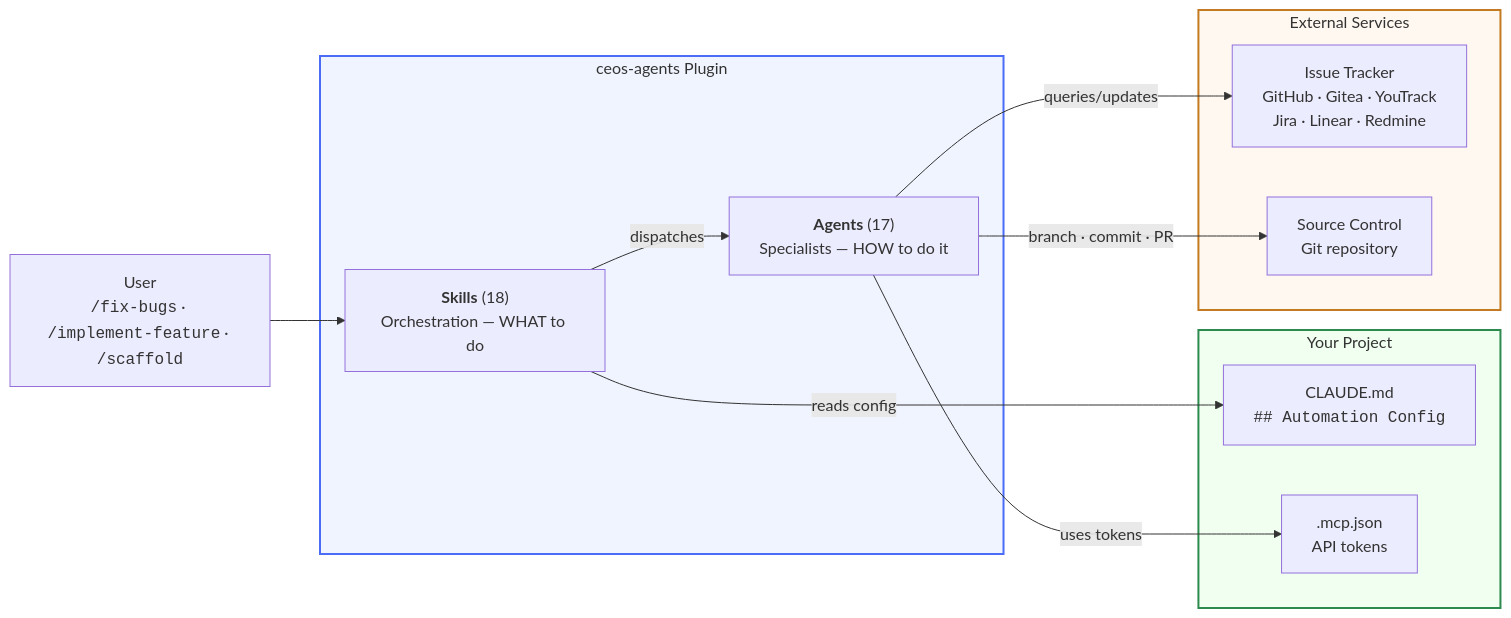
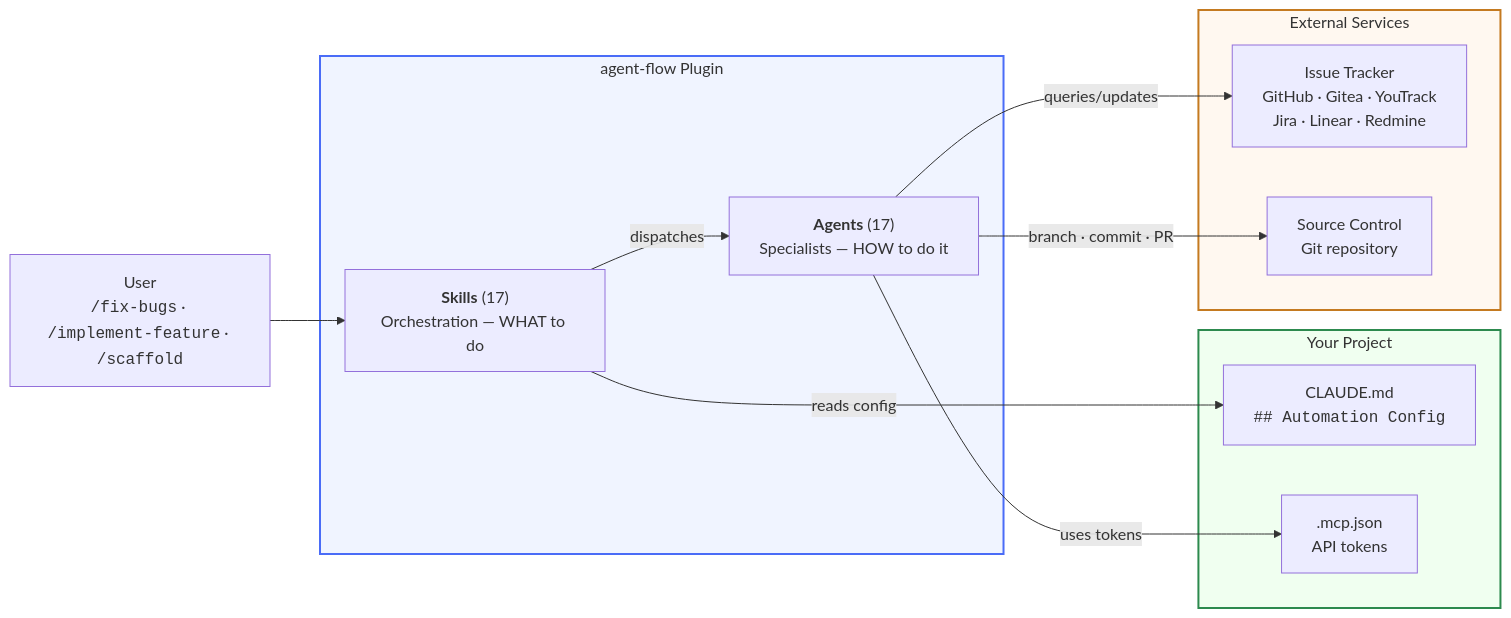
One commit to jakubsenk/agent-flow changed the first of 4 diagrams in README.md. Above: the diagram before and after it, drawn with Mermaid. The commit also changed other lines of this file and 2702 other files, not shown here.

First line of the commit message:
chore: rename ceos-agents → agent-flow, release v1.0.0

````diff
--- a/README.md
+++ b/README.md
@@ -5,30 +7,30 @@
 ```mermaid
 graph LR
     User["User<br/><code>/fix-bugs</code> · <code>/implement-feature</code> · <code>/scaffold</code>"]
 
-    subgraph Plugin["ceos-agents Plugin"]
-        Skills["<b>Skills</b> (18)<br/>Orchestration — WHAT to do"]
+    subgraph Plugin["agent-flow Plugin"]
+        Skills["<b>Skills</b> (17)<br/>Orchestration — WHAT to do"]
         Agents["<b>Agents</b> (17)<br/>Specialists — HOW to do it"]
         Skills -->|dispatches| Agents
     end
 
     subgraph Project["Your Project"]
         Config["CLAUDE.md<br/><code>## Automation Config</code>"]
         MCP[".mcp.json<br/>API tokens"]
     end
 
     subgraph External["External Services"]
         Tracker["Issue Tracker<br/>GitHub · Gitea · YouTrack<br/>Jira · Linear · Redmine"]
         SCM["Source Control<br/>Git repository"]
     end
 
     User --> Skills
     Skills -->|reads config| Config
     Agents -->|uses tokens| MCP
     Agents -->|queries/updates| Tracker
     Agents -->|branch · commit · PR| SCM
 
     style Plugin fill:#f0f4ff,stroke:#4a6cf7,stroke-width:2px
     style Project fill:#f0fff0,stroke:#2d8a4e,stroke-width:2px
     style External fill:#fff8f0,stroke:#c47a20,stroke-width:2px
 ```
````
